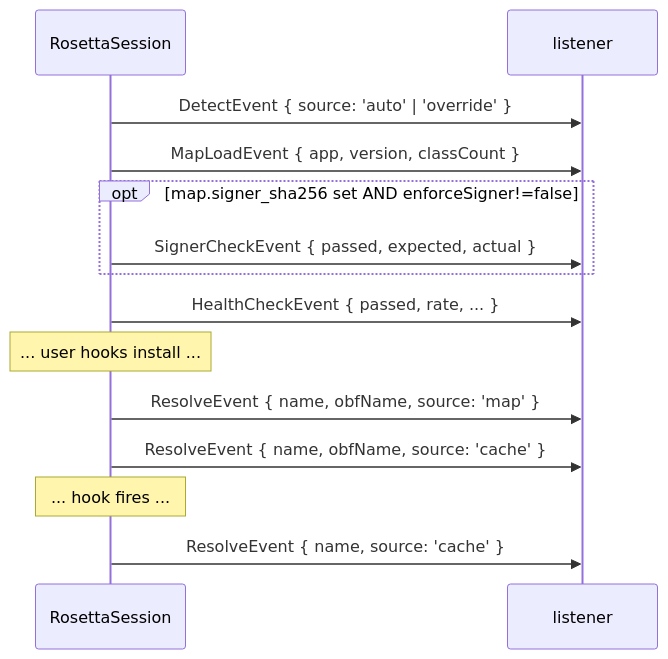
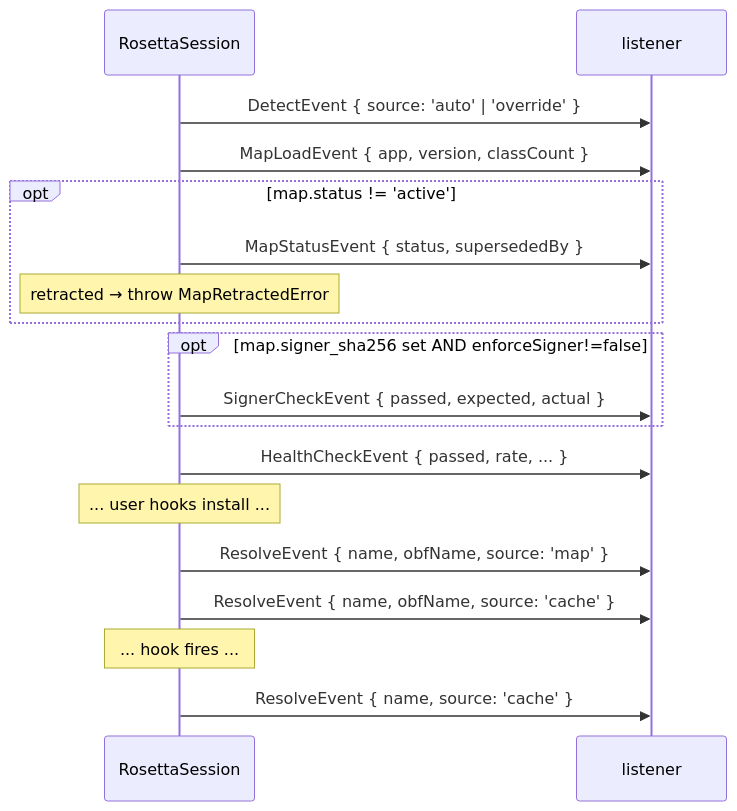
Before and after one commit to Xiddoc/rosetta-frida: the diagram in docs/reference/events.md, drawn with Mermaid. The commit also changed other lines of this file and 19 other files, not shown here.

First line of the commit message:
schema v3: update docs and prose literals

````diff
--- a/docs/reference/events.md
+++ b/docs/reference/events.md
@@ -252,17 +291,21 @@
 ```mermaid
 sequenceDiagram
     participant S as RosettaSession
     participant L as listener
 
     S->>L: DetectEvent { source: 'auto' | 'override' }
     S->>L: MapLoadEvent { app, version, classCount }
+    opt map.status != 'active'
+        S->>L: MapStatusEvent { status, supersededBy }
+        Note over S: retracted → throw MapRetractedError
+    end
     opt map.signer_sha256 set AND enforceSigner!=false
         S->>L: SignerCheckEvent { passed, expected, actual }
     end
     S->>L: HealthCheckEvent { passed, rate, ... }
     Note over S: ... user hooks install ...
     S->>L: ResolveEvent { name, obfName, source: 'map' }
     S->>L: ResolveEvent { name, obfName, source: 'cache' }
     Note over S: ... hook fires ...
     S->>L: ResolveEvent { name, source: 'cache' }
 ```
````
